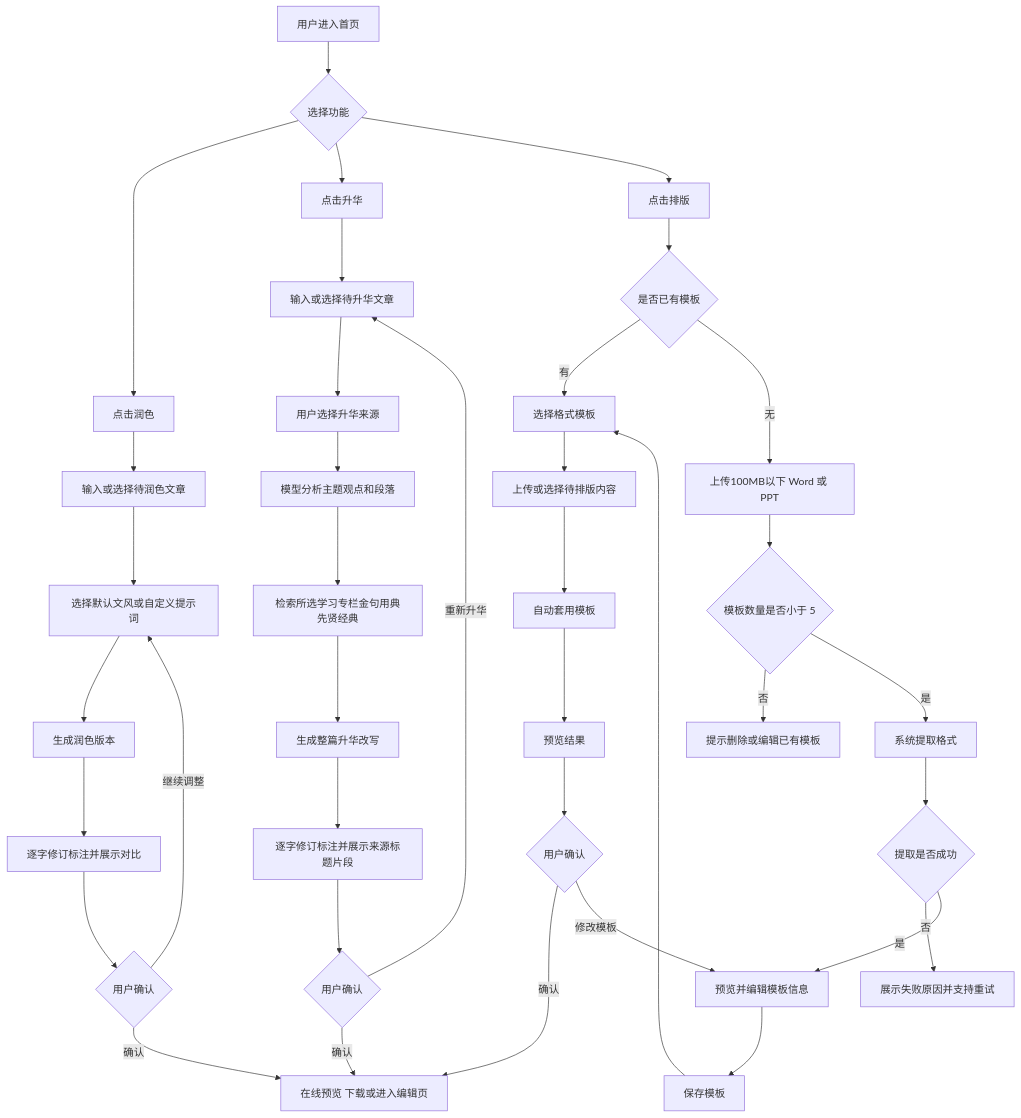
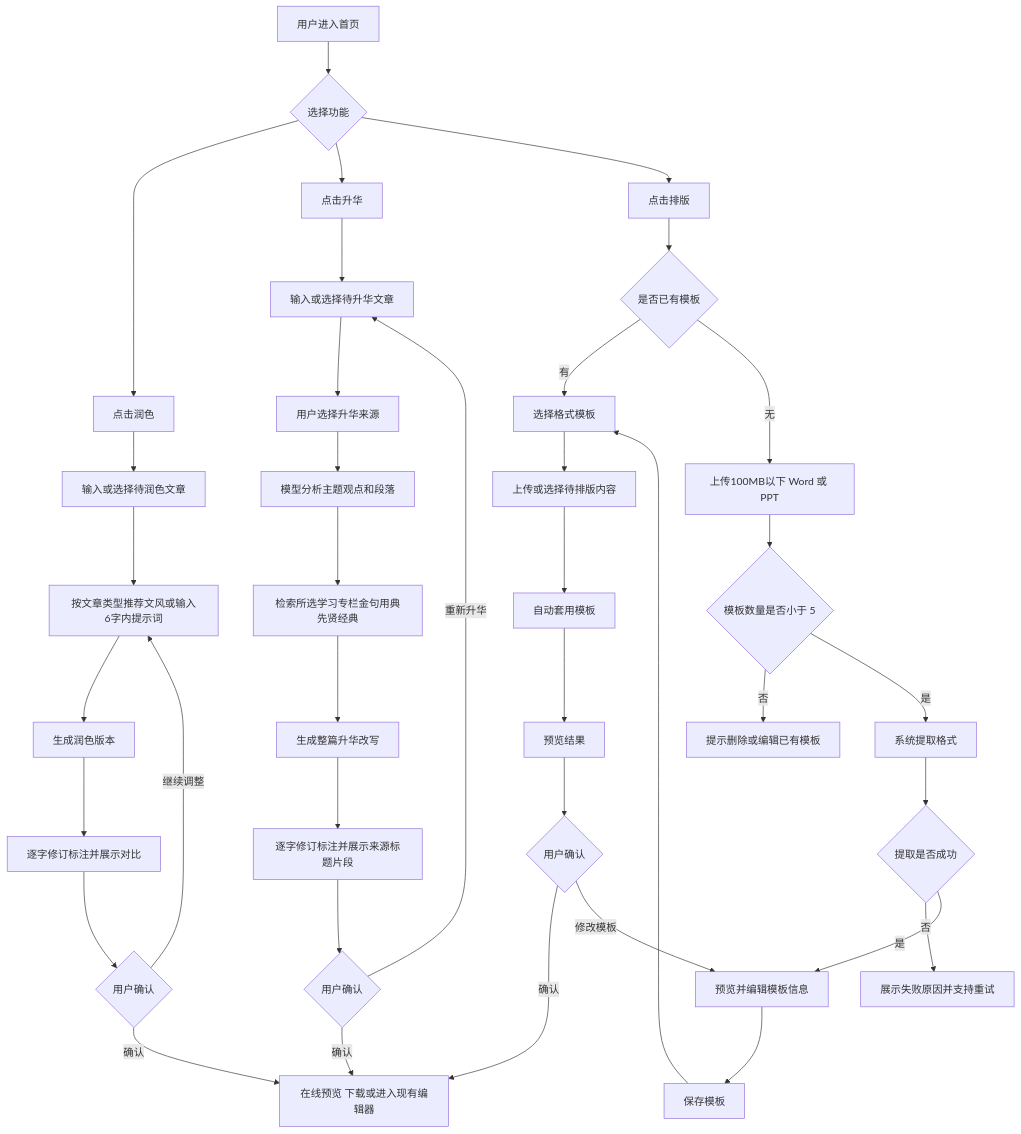
One commit to wfpepsi/mlt changed the diagram in PRD.md. Above: the diagram before and after it, drawn with Mermaid. The commit also changed other lines of this file, not shown here.

````diff
--- a/PRD.md
+++ b/PRD.md
@@ -60,43 +60,43 @@
 ```mermaid
 flowchart TD
     A[用户进入首页] --> B{选择功能}
     B --> C[点击润色]
     B --> D[点击升华]
     B --> E[点击排版]
 
     C --> F[输入或选择待润色文章]
-    F --> G[选择默认文风或自定义提示词]
+    F --> G[按文章类型推荐文风或输入6字内提示词]
     G --> H[生成润色版本]
     H --> I[逐字修订标注并展示对比]
     I --> J{用户确认}
-    J -->|确认| K[在线预览 下载或进入编辑页]
+    J -->|确认| K[在线预览 下载或进入现有编辑器]
     J -->|继续调整| G
 
     D --> L[输入或选择待升华文章]
     L --> M[用户选择升华来源]
     M --> N[模型分析主题观点和段落]
     N --> O[检索所选学习专栏金句用典先贤经典]
     O --> P[生成整篇升华改写]
     P --> Q[逐字修订标注并展示来源标题片段]
     Q --> R{用户确认}
     R -->|确认| K
     R -->|重新升华| L
 
     E --> S{是否已有模板}
     S -->|有| T[选择格式模板]
     S -->|无| U[上传100MB以下 Word 或 PPT]
     U --> V{模板数量是否小于 5}
     V -->|否| W[提示删除或编辑已有模板]
     V -->|是| X[系统提取格式]
     X --> Y{提取是否成功}
     Y -->|否| Z[展示失败原因并支持重试]
     Y -->|是| AA[预览并编辑模板信息]
     AA --> AB[保存模板]
     AB --> T
     T --> AC[上传或选择待排版内容]
     AC --> AD[自动套用模板]
     AD --> AE[预览结果]
     AE --> AF{用户确认}
     AF -->|确认| K
     AF -->|修改模板| AA
 ```
````
